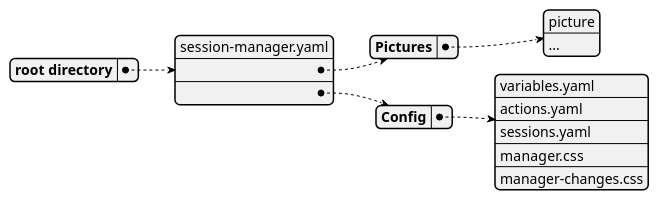
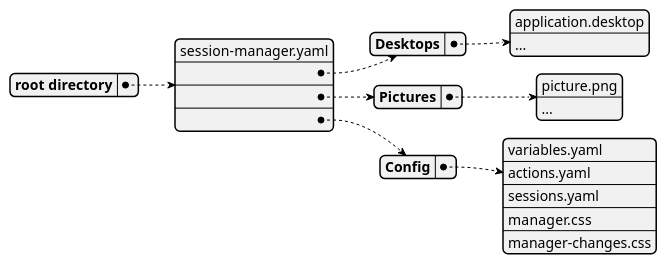
The sixth of 7 diagrams in doc/session-manager.md (MARTIMM/SessionManager), drawn with PlantUML before and after one commit.

````diff
--- a/doc/session-manager.md
+++ b/doc/session-manager.md
@@ -229,16 +229,19 @@
   ```plantuml
   @startyaml
   root directory:
     - session-manager.yaml
+    - Desktops:
+      - application.desktop
+      - ...
     - Pictures:
       '- overlay or picture
-      - picture
+      - picture.png
       - ...
     - Config:
       - variables.yaml
       - actions.yaml
       - sessions.yaml
       - manager.css
       - manager-changes.css
   @endyaml
   ```
````
